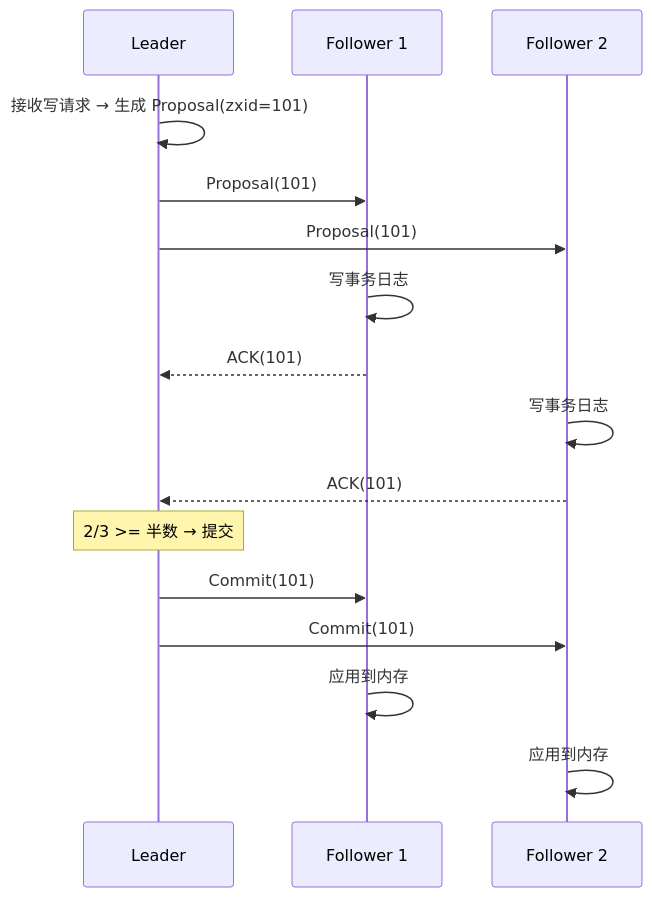
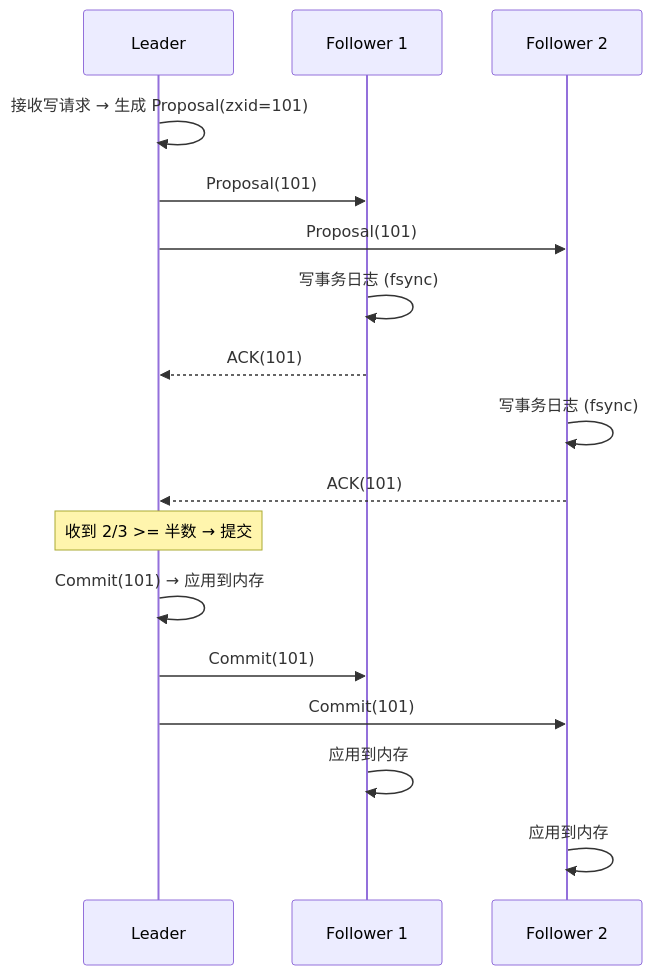
The third of 3 diagrams in content/posts/中间件/ZooKeeper 核心机制——ZAB 协议与 Leader 选举全解.md (guozy502/my-tech-blog), drawn with Mermaid before and after one commit. The commit also changed other lines of this file and 93 other files, not shown here.

Commit message:
chore(blog): 调整图片

````diff
--- a/content/posts/中间件/ZooKeeper 核心机制——ZAB 协议与 Leader 选举全解.md
+++ b/content/posts/中间件/ZooKeeper 核心机制——ZAB 协议与 Leader 选举全解.md
@@ -96,21 +144,23 @@
 ```mermaid
 sequenceDiagram
     participant L as Leader
     participant F1 as Follower 1
     participant F2 as Follower 2
     
     L->>L: 接收写请求 → 生成 Proposal(zxid=101)
     L->>F1: Proposal(101)
     L->>F2: Proposal(101)
     
-    F1->>F1: 写事务日志
+    F1->>F1: 写事务日志 (fsync)
     F1-->>L: ACK(101)
-    F2->>F2: 写事务日志
+    F2->>F2: 写事务日志 (fsync)
     F2-->>L: ACK(101)
     
-    Note over L: 2/3 >= 半数 → 提交
+    Note over L: 收到 2/3 >= 半数 → 提交
+    
+    L->>L: Commit(101) → 应用到内存
     L->>F1: Commit(101)
     L->>F2: Commit(101)
     F1->>F1: 应用到内存
     F2->>F2: 应用到内存
 ```
````
